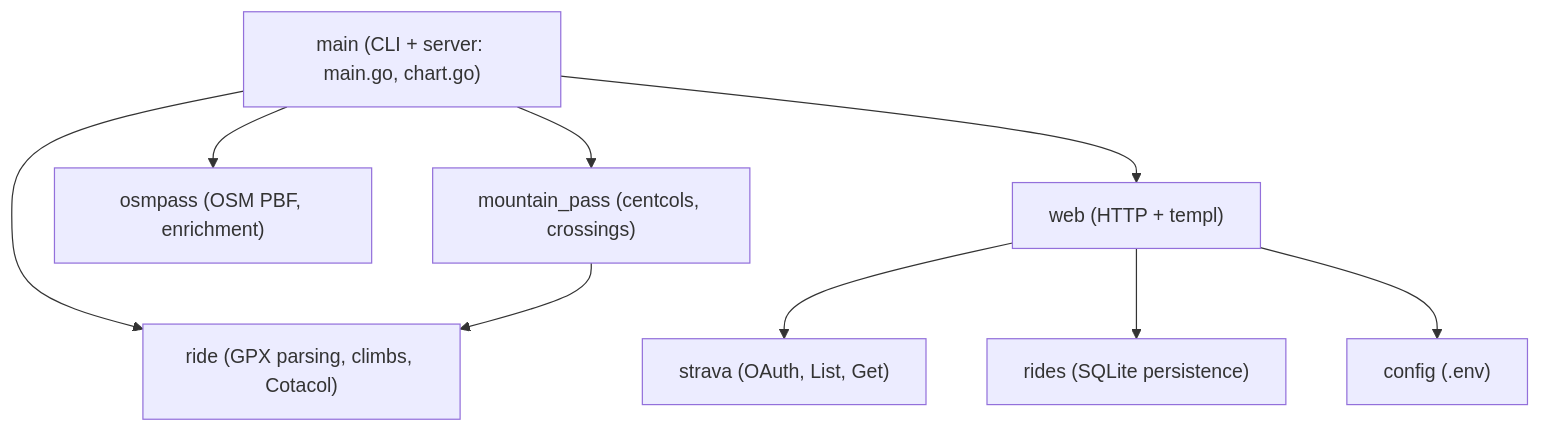
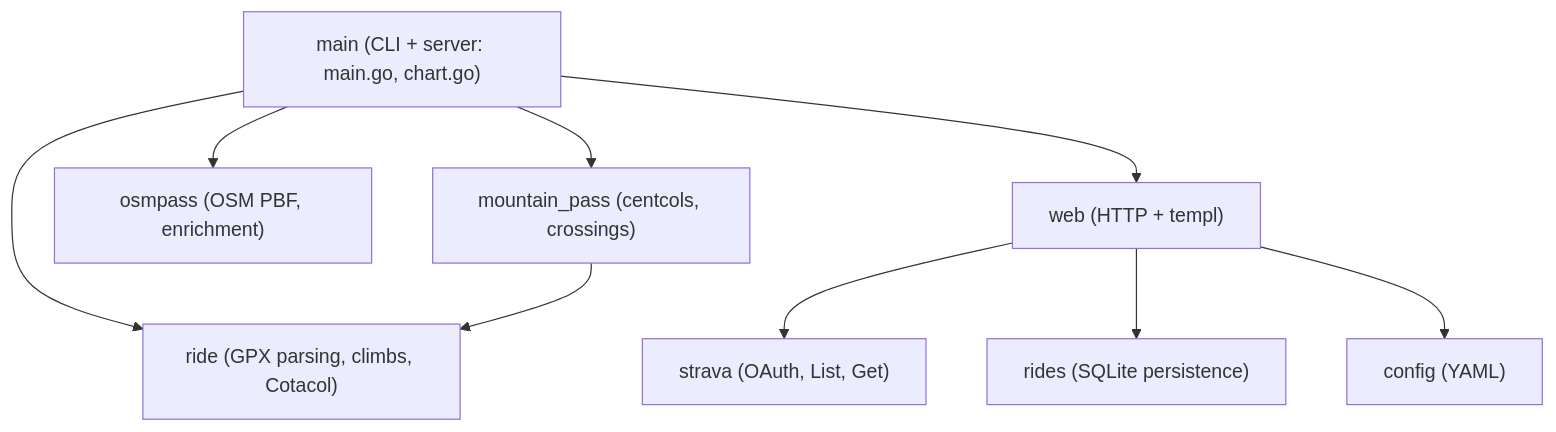
Before and after one commit to martinlehoux/biking_home: the diagram in README.md, drawn with Mermaid. The commit also changed other lines of this file and 9 other files, not shown here.

Commit message:
refactor: Replace env config with atomic YAML

````diff
--- a/README.md
+++ b/README.md
@@ -90,23 +92,23 @@
 ```mermaid
 flowchart TB
     %% Arrow X --> Y means: X depends on Y
 
     main["main (CLI + server: main.go, chart.go)"]
 
     ride["ride (GPX parsing, climbs, Cotacol)"]
     mpass["mountain_pass (centcols, crossings)"]
     osmpass["osmpass (OSM PBF, enrichment)"]
     strava["strava (OAuth, List, Get)"]
     rides["rides (SQLite persistence)"]
-    config["config (.env)"]
+    config["config (YAML)"]
     web["web (HTTP + templ)"]
 
     main --> ride
     main --> mpass
     main --> osmpass
     main --> web
     mpass --> ride
     web --> strava
     web --> rides
     web --> config
 ```
````
